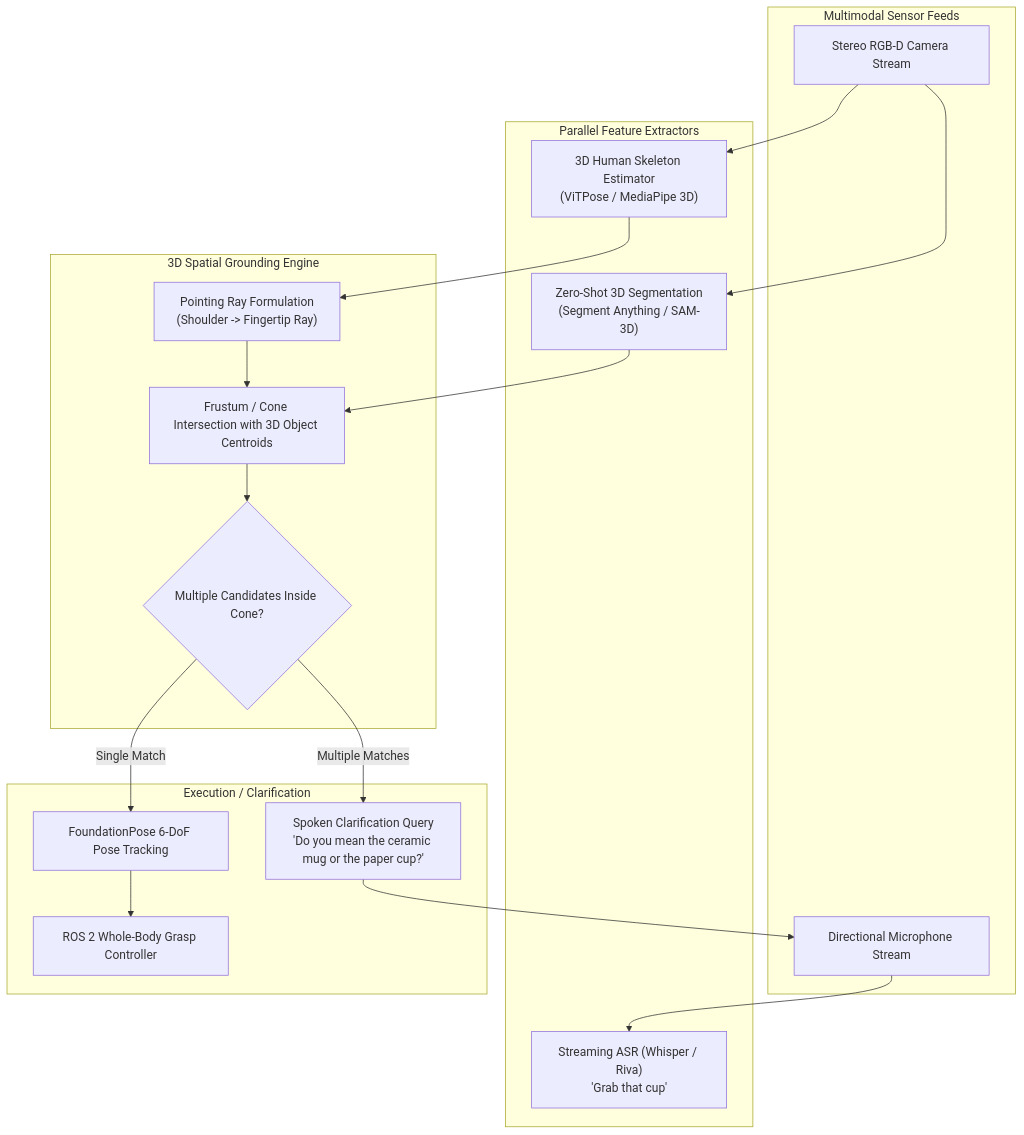
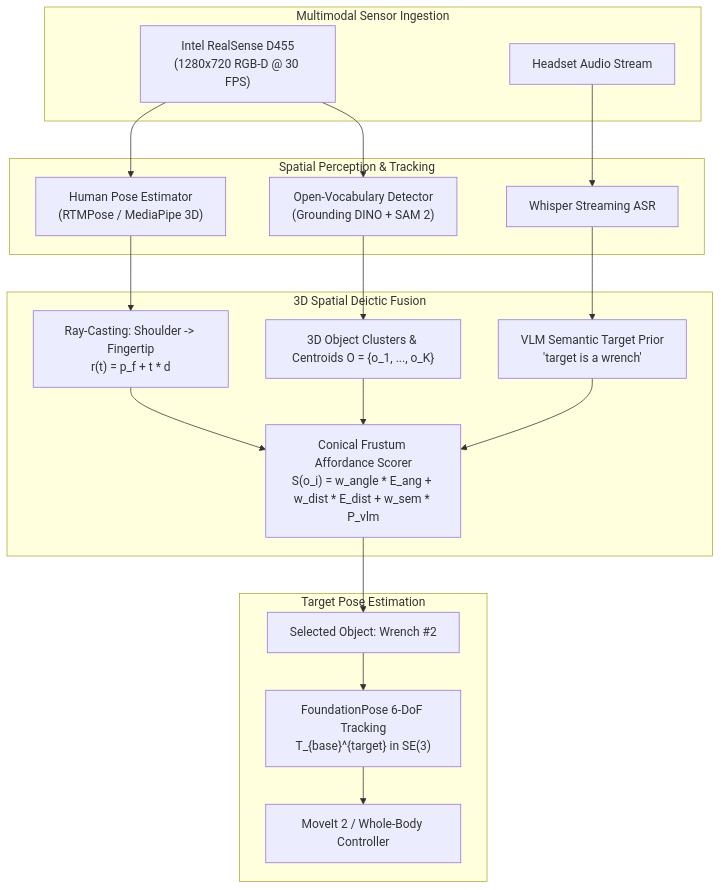
One commit to MudassirT/Physical-AI-Humanoid-Robotics changed the first of 2 diagrams in ai-book-docs/module4-vla/4-4-multimodal-interaction.mdx. Above: the diagram before and after it, drawn with Mermaid. The commit also changed other lines of this file and 2 other files, not shown here.

Commit message:
docs(module4): enrich multimodal spatial interaction and end-to-end VLA labs

````diff
--- a/ai-book-docs/module4-vla/4-4-multimodal-interaction.mdx
+++ b/ai-book-docs/module4-vla/4-4-multimodal-interaction.mdx
@@ -19,37 +33,28 @@
 ```mermaid
 flowchart TD
-    subgraph SensoryInputs ["Multimodal Sensor Feeds"]
-        RGBD["Stereo RGB-D Camera Stream"]
-        Audio["Directional Microphone Stream"]
+    subgraph SensoryInputs ["Multimodal Sensor Ingestion"]
+        RGBD["Intel RealSense D455<br/>(1280x720 RGB-D @ 30 FPS)"]
+        MicArray["Headset Audio Stream"]
     end
 
-    subgraph ModalityParsers ["Parallel Feature Extractors"]
-        ASR["Streaming ASR (Whisper / Riva)<br/>'Grab that cup'"]
-        Pose3D["3D Human Skeleton Estimator<br/>(ViTPose / MediaPipe 3D)"]
-        SceneSeg["Zero-Shot 3D Segmentation<br/>(Segment Anything / SAM-3D)"]
+    subgraph PerceptionLayer ["Spatial Perception & Tracking"]
+        RGBD --> Skeleton["Human Pose Estimator<br/>(RTMPose / MediaPipe 3D)"]
+        RGBD --> Segment["Open-Vocabulary Detector<br/>(Grounding DINO + SAM 2)"]
+        MicArray --> ASR["Whisper Streaming ASR"]
     end
 
-    subgraph DeicticCore ["3D Spatial Grounding Engine"]
-        RayCast["Pointing Ray Formulation<br/>(Shoulder -> Fingertip Ray)"]
-        ConeIntersect["Frustum / Cone Intersection with 3D Object Centroids"]
-        AmbiguityCheck{"Multiple Candidates Inside Cone?"}
+    subgraph GeometricFusion ["3D Spatial Deictic Fusion"]
+        Skeleton --> PointingRay["Ray-Casting: Shoulder -> Fingertip<br/>r(t) = p_f + t * d"]
+        Segment --> ObjectCentroids["3D Object Clusters & Centroids O = {o_1, ..., o_K}"]
+        ASR --> SemanticPrior["VLM Semantic Target Prior<br/>'target is a wrench'"]
+        PointingRay --> ConicalScorer["Conical Frustum Affordance Scorer<br/>S(o_i) = w_angle * E_ang + w_dist * E_dist + w_sem * P_vlm"]
+        ObjectCentroids --> ConicalScorer
+        SemanticPrior --> ConicalScorer
     end
 
-    subgraph ResolutionOutput ["Execution / Clarification"]
-        Pose6D["FoundationPose 6-DoF Pose Tracking"]
-        WBC_Grasp["ROS 2 Whole-Body Grasp Controller"]
-        DialogueTTS["Spoken Clarification Query<br/>'Do you mean the ceramic mug or the paper cup?'"]
+    subgraph MotorDispatch ["Target Pose Estimation"]
+        ConicalScorer --> BestTarget["Selected Object: Wrench #2"]
+        BestTarget --> Pose6D["FoundationPose 6-DoF Tracking<br/>T_{base}^{target} in SE(3)"]
+        Pose6D --> ArmPlanner["MoveIt 2 / Whole-Body Controller"]
     end
-
-    RGBD --> Pose3D
-    RGBD --> SceneSeg
-    Audio --> ASR
-    Pose3D --> RayCast
-    SceneSeg --> ConeIntersect
-    RayCast --> ConeIntersect
-    ConeIntersect --> AmbiguityCheck
-    AmbiguityCheck -- Single Match --> Pose6D
-    Pose6D --> WBC_Grasp
-    AmbiguityCheck -- Multiple Matches --> DialogueTTS
-    DialogueTTS --> Audio
 ```
````
